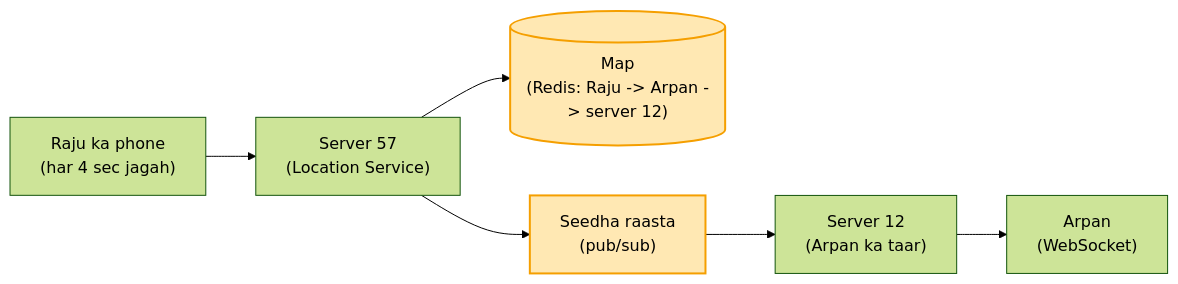
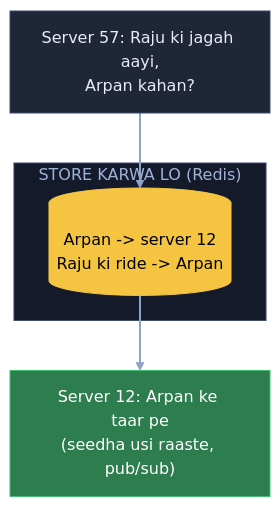
Before and after one commit to ArpanMaheshwari144/Prep: the eighth of 11 diagrams in 04_HLD/SYSTEM_DESIGNS/15_uber/15_uber.md, drawn with Mermaid (forest theme). The commit also changed other lines of this file and 3 other files, not shown here.

Commit message:
Uber: 14 diagram hand notes ke shabdon se; K3 / K4 / K10 me naksha + chhoti gaadi (SVG); K6 apni jodi line hatai

````diff
--- a/04_HLD/SYSTEM_DESIGNS/15_uber/15_uber.md
+++ b/04_HLD/SYSTEM_DESIGNS/15_uber/15_uber.md
@@ -208,10 +272,16 @@
 ```mermaid
-flowchart LR
-    R["Raju ka phone<br/>(har 4 sec jagah)"] --> S57["Server 57<br/>(Location Service)"]
-    S57 --> M[("Map<br/>(Redis: Raju -> Arpan -> server 12)")]
-    S57 --> L["Seedha raasta<br/>(pub/sub)"]
-    L --> S12["Server 12<br/>(Arpan ka taar)"]
-    S12 --> A["Arpan<br/>(WebSocket)"]
-    style M fill:#ffe8b3,stroke:#f59f00,stroke-width:2px,color:#000
-    style L fill:#ffe8b3,stroke:#f59f00,stroke-width:2px,color:#000
+flowchart TB
+    S57["Server 57: Raju ki jagah aayi,<br/>Arpan kahan?"]:::card
+    subgraph SK["STORE KARWA LO (Redis)"]
+        M[("Arpan -> server 12<br/>Raju ki ride -> Arpan")]:::pill
+    end
+    S12["Server 12: Arpan ke taar pe<br/>(seedha usi raaste, pub/sub)"]:::good
+    S57 --> M
+    M --> S12
+    linkStyle default stroke:#8fa3c7,stroke-width:2px
+    classDef card fill:#1e2638,stroke:#3a4a6b,color:#e8ecf5
+    classDef pill fill:#f5c542,stroke:#f5c542,color:#000
+    classDef good fill:#2e7d4f,stroke:#3fbf6f,color:#fff
+    classDef bad fill:#5c1f24,stroke:#e05561,color:#fff
+    style SK fill:#141a29,stroke:#3a4a6b,color:#9fb3d9
 ```
````
